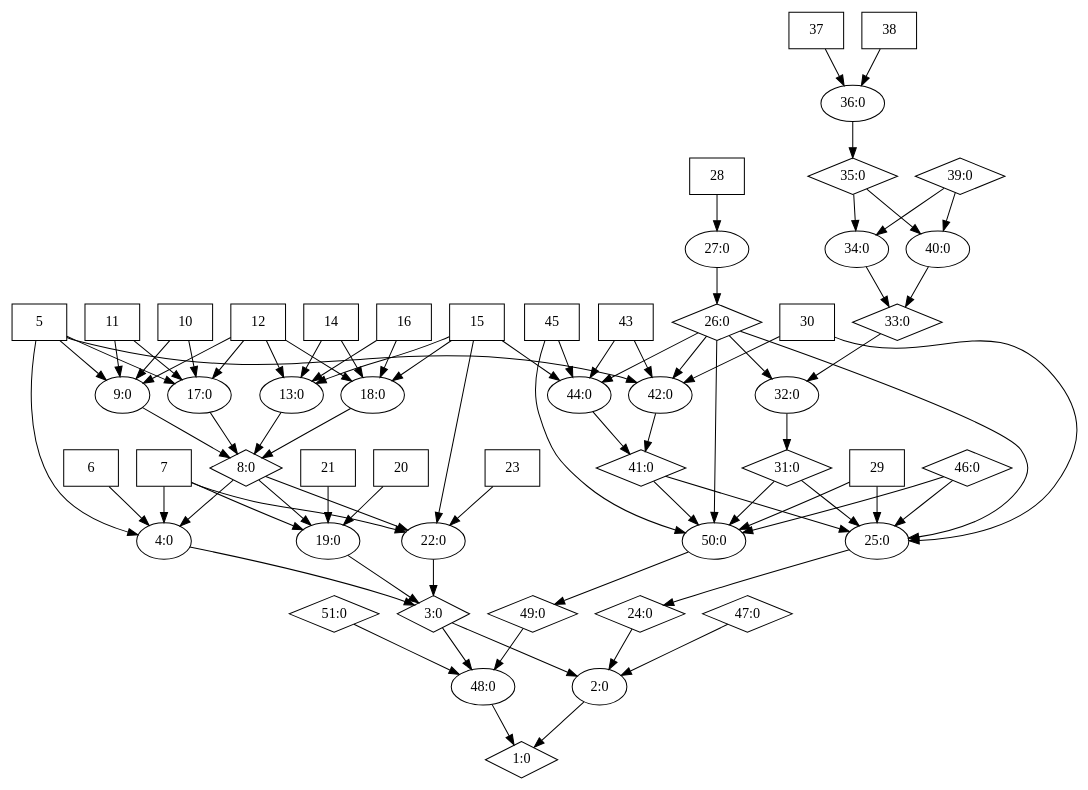
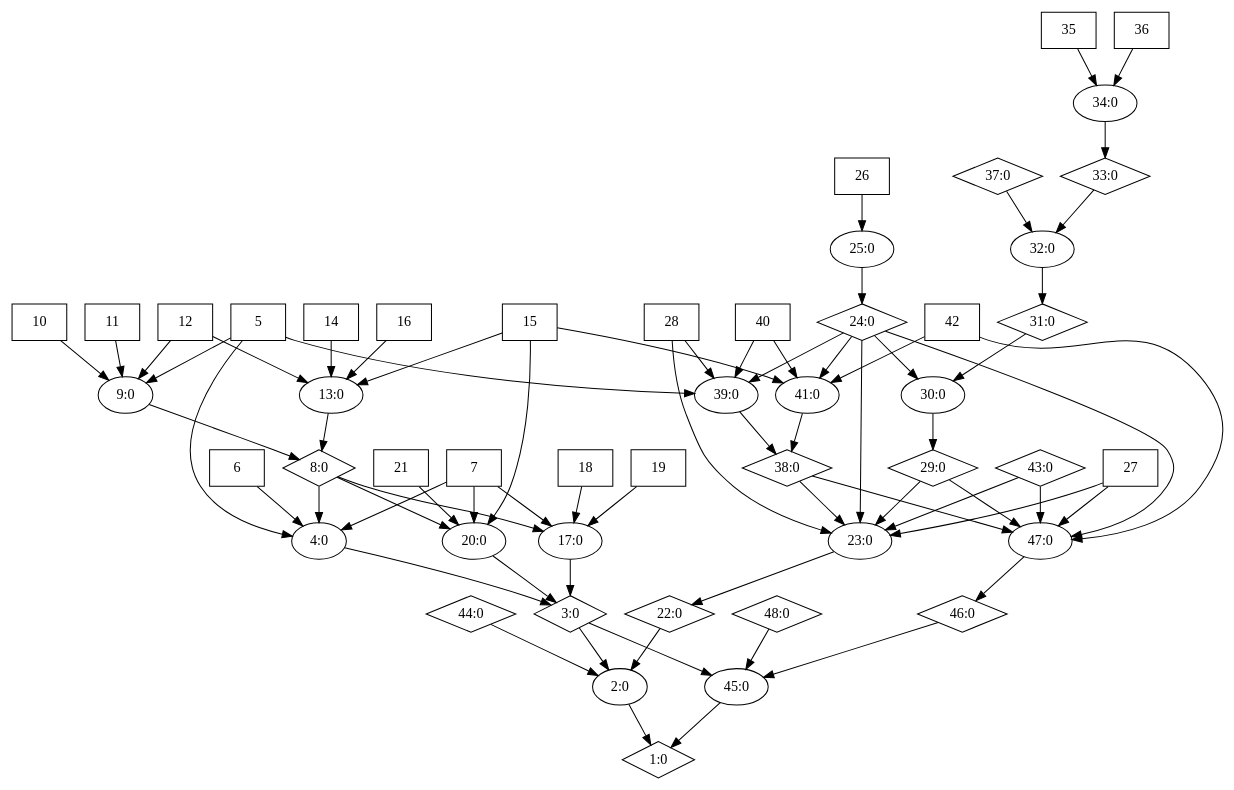
Before and after one commit to myuser5215/SCyTAG: the diagram in Bank/AttackGraph/Bank-Adversary/AttackGraph.dot, drawn with Graphviz. The commit also changed 9 other files, not shown here.

```diff
--- a/Bank/AttackGraph/Bank-Adversary/AttackGraph.dot
+++ b/Bank/AttackGraph/Bank-Adversary/AttackGraph.dot
@@ -1,134 +1,118 @@
 digraph G {
 	1 [label="1:0",shape=diamond];
 	2 [label="2:0",shape=ellipse];
 	3 [label="3:0",shape=diamond];
 	4 [label="4:0",shape=ellipse];
 	5 [label="5",shape=box];
 	6 [label="6",shape=box];
 	7 [label="7",shape=box];
 	8 [label="8:0",shape=diamond];
 	9 [label="9:0",shape=ellipse];
 	10 [label="10",shape=box];
 	11 [label="11",shape=box];
 	12 [label="12",shape=box];
 	13 [label="13:0",shape=ellipse];
 	14 [label="14",shape=box];
 	15 [label="15",shape=box];
 	16 [label="16",shape=box];
 	17 [label="17:0",shape=ellipse];
-	18 [label="18:0",shape=ellipse];
-	19 [label="19:0",shape=ellipse];
-	20 [label="20",shape=box];
+	18 [label="18",shape=box];
+	19 [label="19",shape=box];
+	20 [label="20:0",shape=ellipse];
 	21 [label="21",shape=box];
-	22 [label="22:0",shape=ellipse];
-	23 [label="23",shape=box];
+	22 [label="22:0",shape=diamond];
+	23 [label="23:0",shape=ellipse];
 	24 [label="24:0",shape=diamond];
 	25 [label="25:0",shape=ellipse];
-	26 [label="26:0",shape=diamond];
-	27 [label="27:0",shape=ellipse];
+	26 [label="26",shape=box];
+	27 [label="27",shape=box];
 	28 [label="28",shape=box];
-	29 [label="29",shape=box];
-	30 [label="30",shape=box];
+	29 [label="29:0",shape=diamond];
+	30 [label="30:0",shape=ellipse];
 	31 [label="31:0",shape=diamond];
 	32 [label="32:0",shape=ellipse];
 	33 [label="33:0",shape=diamond];
 	34 [label="34:0",shape=ellipse];
-	35 [label="35:0",shape=diamond];
-	36 [label="36:0",shape=ellipse];
-	37 [label="37",shape=box];
-	38 [label="38",shape=box];
-	39 [label="39:0",shape=diamond];
-	40 [label="40:0",shape=ellipse];
-	41 [label="41:0",shape=diamond];
-	42 [label="42:0",shape=ellipse];
-	43 [label="43",shape=box];
-	44 [label="44:0",shape=ellipse];
-	45 [label="45",shape=box];
+	35 [label="35",shape=box];
+	36 [label="36",shape=box];
+	37 [label="37:0",shape=diamond];
+	38 [label="38:0",shape=diamond];
+	39 [label="39:0",shape=ellipse];
+	40 [label="40",shape=box];
+	41 [label="41:0",shape=ellipse];
+	42 [label="42",shape=box];
+	43 [label="43:0",shape=diamond];
+	44 [label="44:0",shape=diamond];
+	45 [label="45:0",shape=ellipse];
 	46 [label="46:0",shape=diamond];
-	47 [label="47:0",shape=diamond];
-	48 [label="48:0",shape=ellipse];
-	49 [label="49:0",shape=diamond];
-	50 [label="50:0",shape=ellipse];
-	51 [label="51:0",shape=diamond];
+	47 [label="47:0",shape=ellipse];
+	48 [label="48:0",shape=diamond];
 	5 -> 	4;
 	6 -> 	4;
 	7 -> 	4;
 	10 -> 	9;
 	5 -> 	9;
 	11 -> 	9;
 	12 -> 	9;
 	9 -> 	8;
 	14 -> 	13;
 	15 -> 	13;
 	16 -> 	13;
 	12 -> 	13;
 	13 -> 	8;
-	10 -> 	17;
-	5 -> 	17;
-	11 -> 	17;
-	12 -> 	17;
-	17 -> 	8;
-	14 -> 	18;
-	15 -> 	18;
-	16 -> 	18;
-	12 -> 	18;
-	18 -> 	8;
 	8 -> 	4;
 	4 -> 	3;
-	20 -> 	19;
-	21 -> 	19;
-	7 -> 	19;
-	8 -> 	19;
-	19 -> 	3;
-	15 -> 	22;
+	18 -> 	17;
+	19 -> 	17;
+	7 -> 	17;
+	8 -> 	17;
+	17 -> 	3;
+	15 -> 	20;
+	21 -> 	20;
+	7 -> 	20;
+	8 -> 	20;
+	20 -> 	3;
+	3 -> 	2;
+	26 -> 	25;
+	25 -> 	24;
+	24 -> 	23;
+	27 -> 	23;
+	28 -> 	23;
+	24 -> 	30;
+	35 -> 	34;
+	36 -> 	34;
+	34 -> 	33;
+	33 -> 	32;
+	37 -> 	32;
+	32 -> 	31;
+	31 -> 	30;
+	30 -> 	29;
+	29 -> 	23;
+	40 -> 	39;
+	5 -> 	39;
+	28 -> 	39;
+	24 -> 	39;
+	39 -> 	38;
+	40 -> 	41;
+	15 -> 	41;
+	42 -> 	41;
+	24 -> 	41;
+	41 -> 	38;
+	38 -> 	23;
+	43 -> 	23;
 	23 -> 	22;
-	7 -> 	22;
-	8 -> 	22;
-	22 -> 	3;
-	3 -> 	2;
-	28 -> 	27;
-	27 -> 	26;
-	26 -> 	25;
-	29 -> 	25;
-	30 -> 	25;
-	26 -> 	32;
-	37 -> 	36;
-	38 -> 	36;
-	36 -> 	35;
-	35 -> 	34;
-	39 -> 	34;
-	34 -> 	33;
-	35 -> 	40;
-	39 -> 	40;
-	40 -> 	33;
-	33 -> 	32;
-	32 -> 	31;
-	31 -> 	25;
-	43 -> 	42;
-	5 -> 	42;
-	30 -> 	42;
-	26 -> 	42;
-	42 -> 	41;
-	43 -> 	44;
-	15 -> 	44;
-	45 -> 	44;
-	26 -> 	44;
-	44 -> 	41;
-	41 -> 	25;
-	46 -> 	25;
-	25 -> 	24;
-	24 -> 	2;
-	47 -> 	2;
+	22 -> 	2;
+	44 -> 	2;
 	2 -> 	1;
-	3 -> 	48;
-	26 -> 	50;
-	29 -> 	50;
-	45 -> 	50;
-	31 -> 	50;
-	41 -> 	50;
-	46 -> 	50;
-	50 -> 	49;
-	49 -> 	48;
-	51 -> 	48;
-	48 -> 	1;
+	3 -> 	45;
+	24 -> 	47;
+	27 -> 	47;
+	42 -> 	47;
+	29 -> 	47;
+	38 -> 	47;
+	43 -> 	47;
+	47 -> 	46;
+	46 -> 	45;
+	48 -> 	45;
+	45 -> 	1;
 }
```
